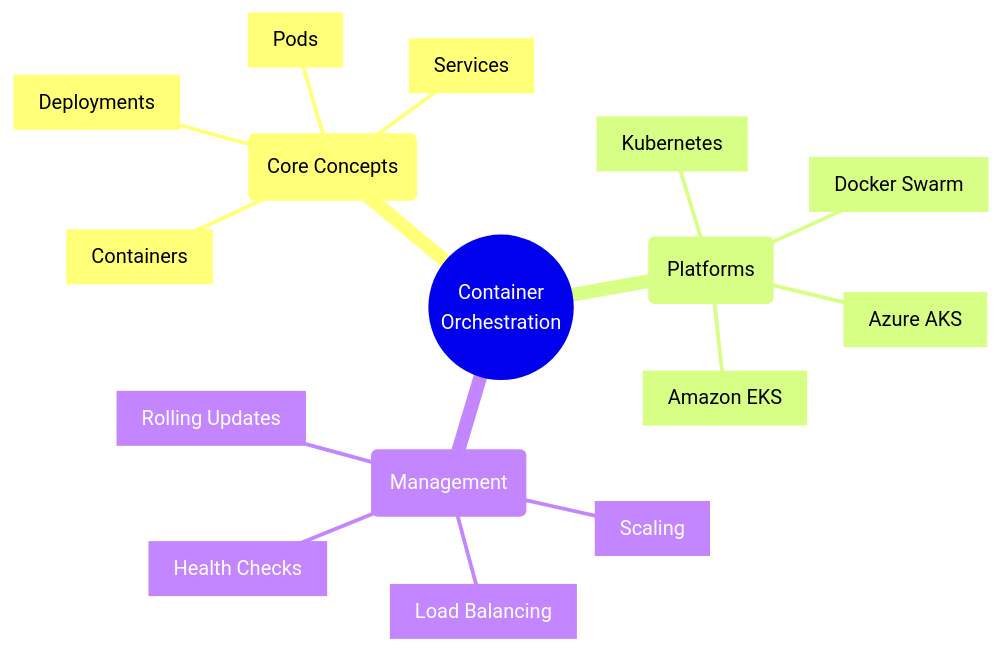
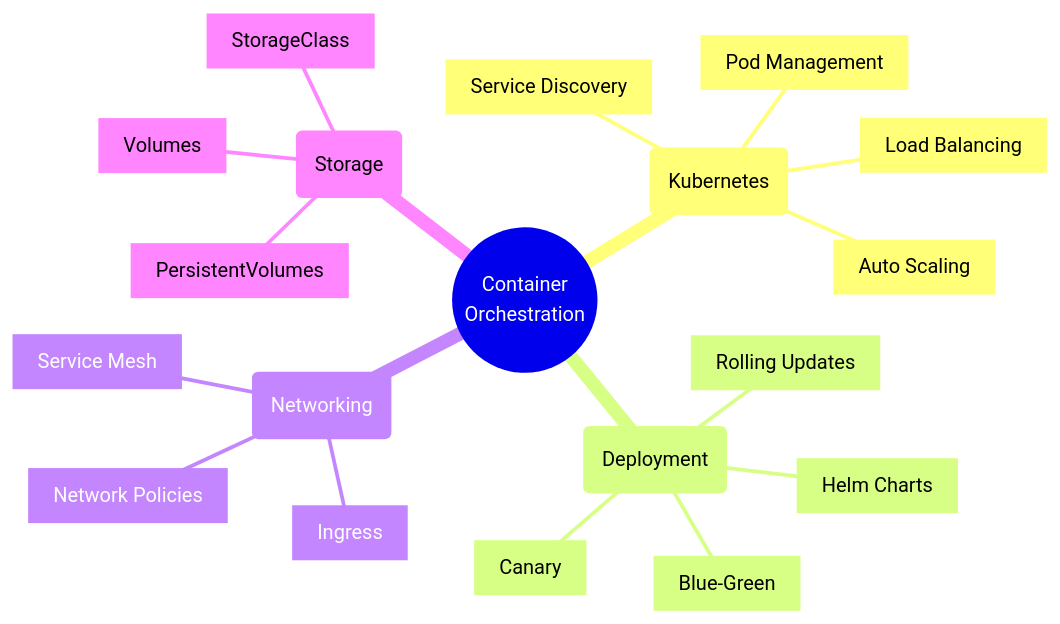
Before and after one commit to saravanakumarrc/Architecture_Journey: the first of 5 diagrams in src/Container_Orchestration_Concepts.md, drawn with Mermaid. The commit also changed other lines of this file and 2 other files, not shown here.

Commit message:
Refactor documentation for Cloud & Infrastructure and Message Broker Architectures to include detailed links and enhance clarity on patterns and implementations.

````diff
--- a/src/Container_Orchestration_Concepts.md
+++ b/src/Container_Orchestration_Concepts.md
@@ -3,20 +3,24 @@
 ```mermaid
 mindmap
     root((Container
         Orchestration))
-        (Core Concepts)
-            [Containers]
-            [Pods]
-            [Services]
-            [Deployments]
-        (Platforms)
-            [Kubernetes]
-            [Docker Swarm]
-            [Azure AKS]
-            [Amazon EKS]
-        (Management)
-            [Scaling]
+        (Kubernetes)
+            [Pod Management]
+            [Service Discovery]
             [Load Balancing]
-            [Health Checks]
+            [Auto Scaling]
+        (Deployment)
             [Rolling Updates]
+            [Blue-Green]
+            [Canary]
+            [Helm Charts]
+        (Networking)
+            [Service Mesh]
+            [Ingress]
+            [Network Policies]
+        (Storage)
+            [Volumes]
+            [PersistentVolumes]
+            [StorageClass]
+
 ```
````
